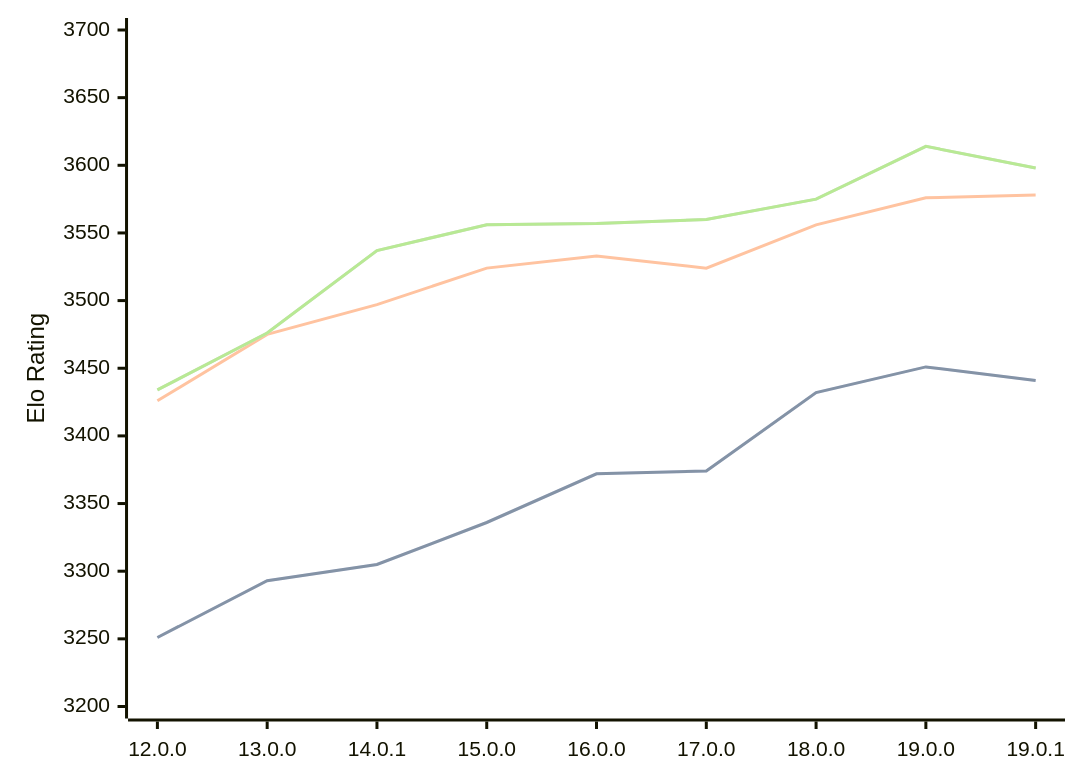
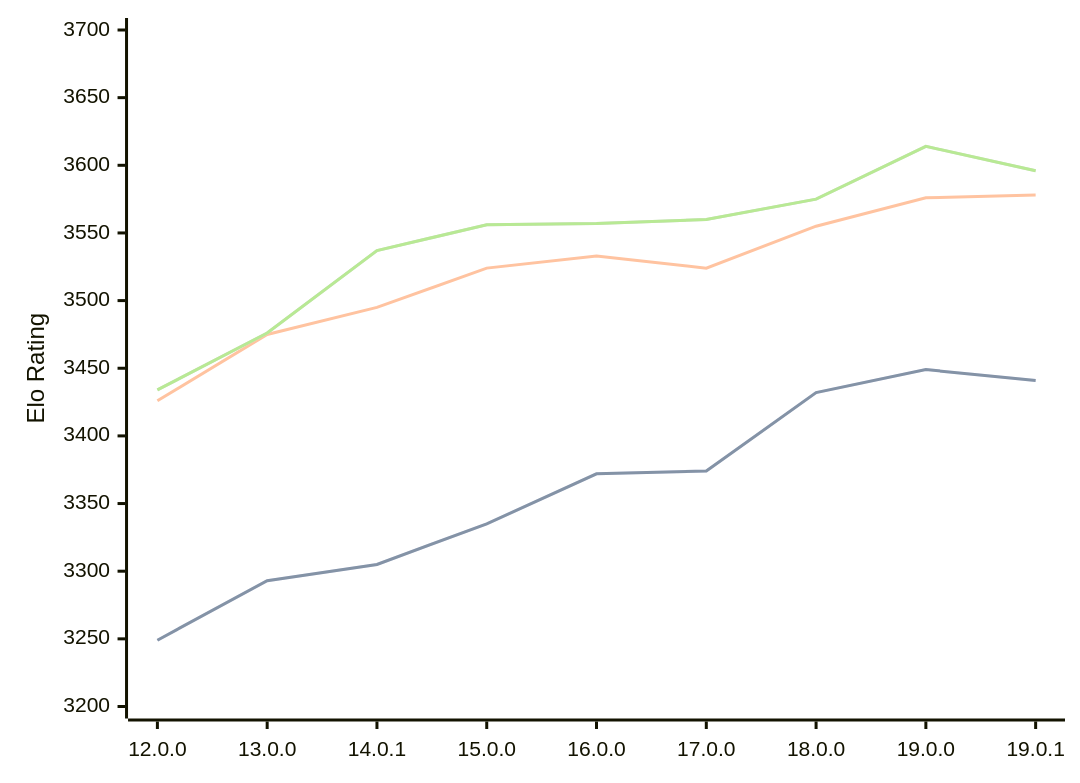
Before and after one commit to computer-chess-index/cci: the diagram in engines/Viridithas.md, drawn with Mermaid. The commit also changed other lines of this file, not shown here.

Commit message:
Update CCI Ratings (ELO VLTC) - 2026-03-01

````diff
--- a/engines/Viridithas.md
+++ b/engines/Viridithas.md
@@ -61,11 +61,11 @@
 ```mermaid
 %%{init: {"theme":"base","themeVariables":{"seriesColors:['#a3a3a3','#222221','#faa371']}}}%%
 xychart-beta
   x-axis ["12.0.0", "13.0.0", "14.0.1", "15.0.0", "16.0.0", "17.0.0", "18.0.0", "19.0.0", "19.0.1"]
   y-axis "Elo Rating" 3200 --> 3700
-  line "STC (8.0+0.08s)" [3251, 3293, 3305, 3336, 3372, 3374, 3432, 3451, 3441]
-  line "STC (8.0+0.08s)" [3251, 3293, 3305, 3336, 3372, 3374, 3432, 3451, 3441]
-  line "LTC (60.0+0.60s)" [3426, 3475, 3497, 3524, 3533, 3524, 3556, 3576, 3578]
-  line "VLTC (2m24s+1.12s)" [3434, 3476, 3537, 3556, 3557, 3560, 3575, 3614, 3598]
-  line "VLTC (2m24s+1.12s)" [3434, 3476, 3537, 3556, 3557, 3560, 3575, 3614, 3598]
+  line "STC (8.0+0.08s)" [3249, 3293, 3305, 3335, 3372, 3374, 3432, 3449, 3441]
+  line "STC (8.0+0.08s)" [3249, 3293, 3305, 3335, 3372, 3374, 3432, 3449, 3441]
+  line "LTC (60.0+0.60s)" [3426, 3475, 3495, 3524, 3533, 3524, 3555, 3576, 3578]
+  line "VLTC (2m24s+1.12s)" [3434, 3476, 3537, 3556, 3557, 3560, 3575, 3614, 3596]
+  line "VLTC (2m24s+1.12s)" [3434, 3476, 3537, 3556, 3557, 3560, 3575, 3614, 3596]
 ```
````
